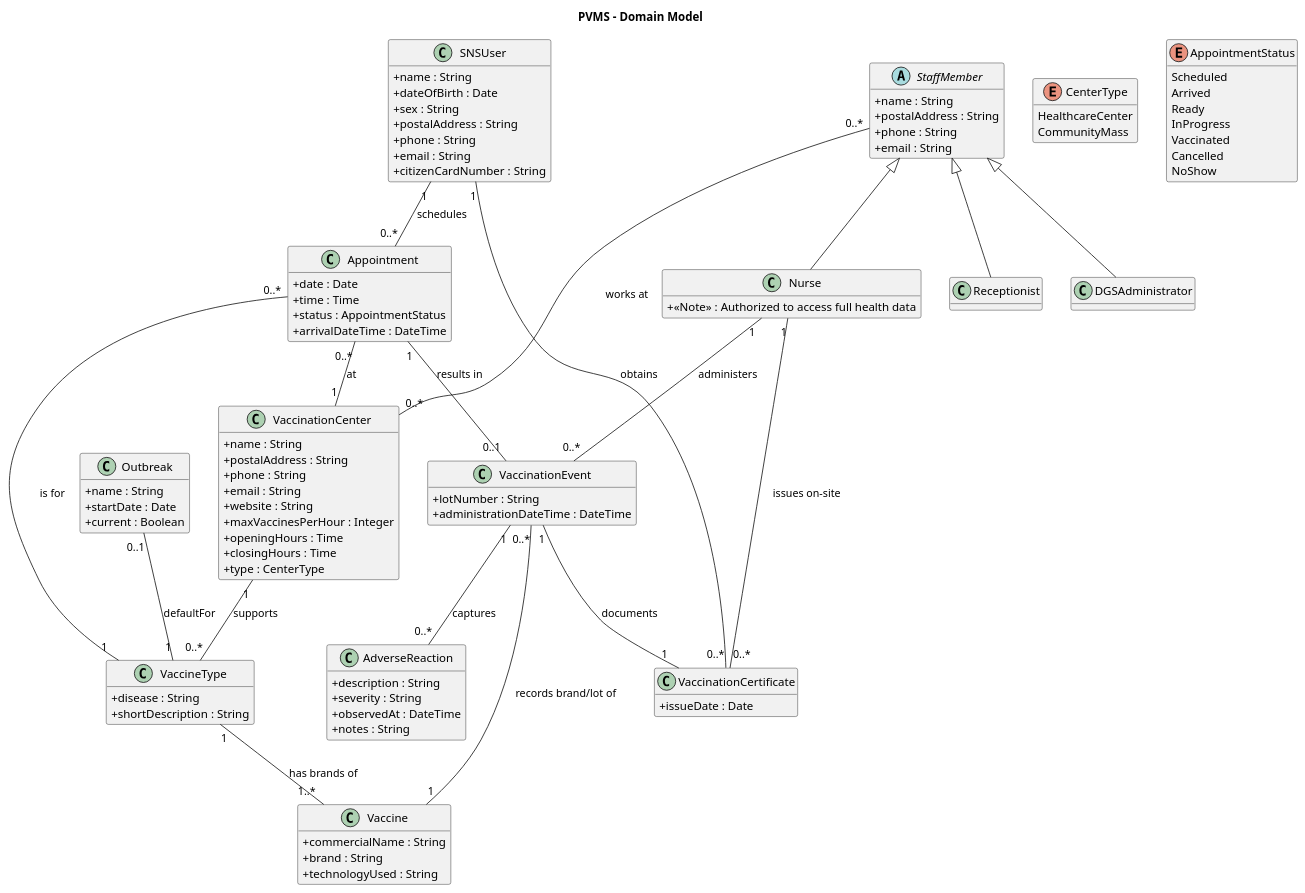
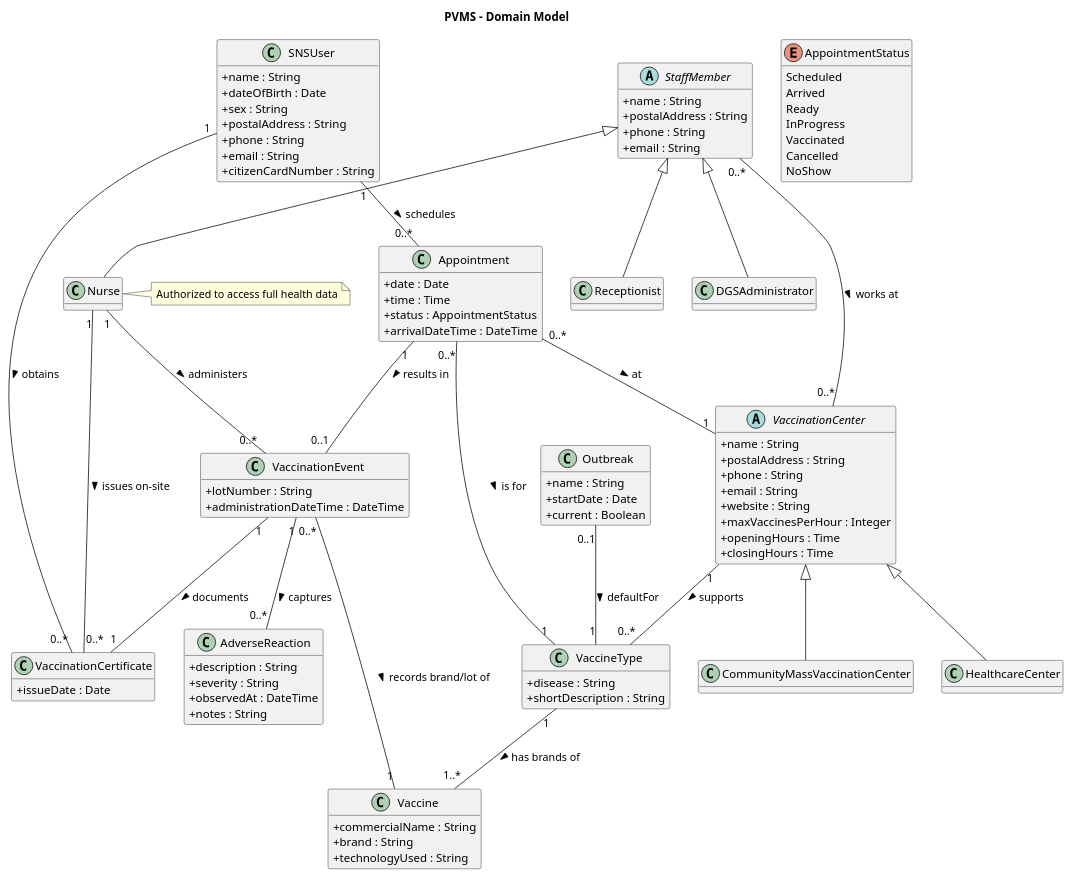
The diagram in docs/system-documentation/global-artifacts/puml/DM.puml (luluisfcm/leti-esoft-25-26-B5), drawn with PlantUML before and after one commit.

Commit message:
update do dm

```diff
--- a/docs/system-documentation/global-artifacts/puml/DM.puml
+++ b/docs/system-documentation/global-artifacts/puml/DM.puml
@@ -1,135 +1,131 @@
 @startuml
 title PVMS – Domain Model
 
 hide methods
 skinparam classAttributeIconSize 0
 
 ' ===================== SNS Users =====================
 class SNSUser {
 
   + name : String
   + dateOfBirth : Date
   + sex : String
   + postalAddress : String
   + phone : String
   + email : String
   + citizenCardNumber : String
 }
 
 ' ===================== Staff =====================
 abstract StaffMember {
 
   + name : String
   + postalAddress : String
   + phone : String
   + email : String
 }
 
 class Receptionist extends StaffMember
-class Nurse extends StaffMember {
-  + <<Note>> : Authorized to access full health data
-}
+class Nurse extends StaffMember
+note right of Nurse : Authorized to access full health data
 class DGSAdministrator extends StaffMember
 
 ' ===================== Centers =====================
-enum CenterType {
-  HealthcareCenter
-  CommunityMass
-}
-
-class VaccinationCenter {
+abstract VaccinationCenter {
 
   + name : String
   + postalAddress : String
   + phone : String
   + email : String
   + website : String
   + maxVaccinesPerHour : Integer
   + openingHours : Time
   + closingHours : Time
-  + type : CenterType
 }
 
+class HealthcareCenter extends VaccinationCenter
+class CommunityMassVaccinationCenter extends VaccinationCenter
+
 ' Which vaccine types a center can administer
-VaccinationCenter "1" -- "0..*" VaccineType : supports
+VaccinationCenter "1" -- "0..*" VaccineType : supports >
 
 ' ===================== Vaccines =====================
 class VaccineType {
 
   + disease : String
   + shortDescription : String
 }
 
 class Vaccine {
 
   + commercialName : String
   + brand : String
   + technologyUsed : String
 }
 
-VaccineType "1" -- "1..*" Vaccine : has brands of
+VaccineType "1" -- "1..*" Vaccine : has brands of >
 
 ' ===================== Appointments & Events =====================
 enum AppointmentStatus {
   Scheduled
   Arrived
   Ready
   InProgress
   Vaccinated
   Cancelled
   NoShow
 }
 
 class Appointment {
 
   + date : Date
   + time : Time
   + status : AppointmentStatus
   + arrivalDateTime : DateTime
 }
 
 class VaccinationEvent {
 
   + lotNumber : String
   + administrationDateTime : DateTime
 }
 
 class AdverseReaction {
 
   + description : String
   + severity : String
   + observedAt : DateTime
   + notes : String
 }
 
 class VaccinationCertificate {
 
   + issueDate : Date
 }
 
 ' ===================== Outbreak / Defaults =====================
 class Outbreak {
 
   + name : String
   + startDate : Date
   + current : Boolean
 }
 
 ' ===================== Associations =====================
-SNSUser "1" -- "0..*" Appointment : schedules
-Appointment "0..*" -- "1" VaccinationCenter : at
-Appointment "0..*" -- "1" VaccineType : is for
+SNSUser "1" -- "0..*" Appointment : schedules >
+Appointment "0..*" -- "1" VaccinationCenter : at >
+Appointment "0..*" -- "1" VaccineType : is for >
 
-Appointment "1" -- "0..1" VaccinationEvent : results in
-VaccinationEvent "0..*" -- "1" Vaccine : records brand/lot of
-VaccinationEvent "1" -- "0..*" AdverseReaction : captures
+Appointment "1" -- "0..1" VaccinationEvent : results in >
+VaccinationEvent "0..*" -- "1" Vaccine : records brand/lot of >
+VaccinationEvent "1" -- "0..*" AdverseReaction : captures >
 
-SNSUser "1" -- "0..*" VaccinationCertificate : obtains
-VaccinationEvent "1" -- "1" VaccinationCertificate : documents
-Nurse "1" -- "0..*" VaccinationEvent : administers
-Nurse "1" -- "0..*" VaccinationCertificate : issues on-site
+SNSUser "1" -- "0..*" VaccinationCertificate : obtains >
+VaccinationEvent "1" -- "1" VaccinationCertificate : documents >
+Nurse "1" -- "0..*" VaccinationEvent : administers >
+Nurse "1" -- "0..*" VaccinationCertificate : issues on-site >
 
-StaffMember "0..*" -- "0..*" VaccinationCenter : works at
+StaffMember "0..*" -- "0..*" VaccinationCenter : works at >
 
-Outbreak "0..1" -- "1" VaccineType : defaultFor
+Outbreak "0..1" -- "1" VaccineType : defaultFor >
 @enduml
```
